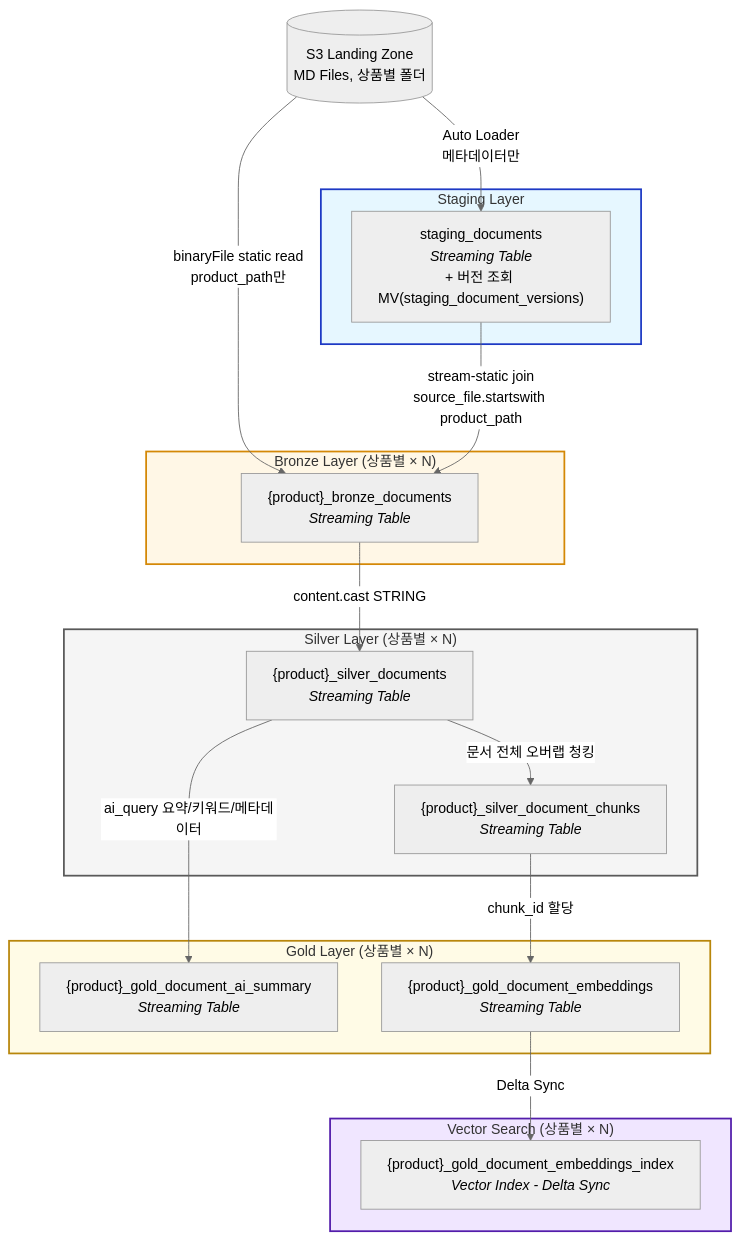
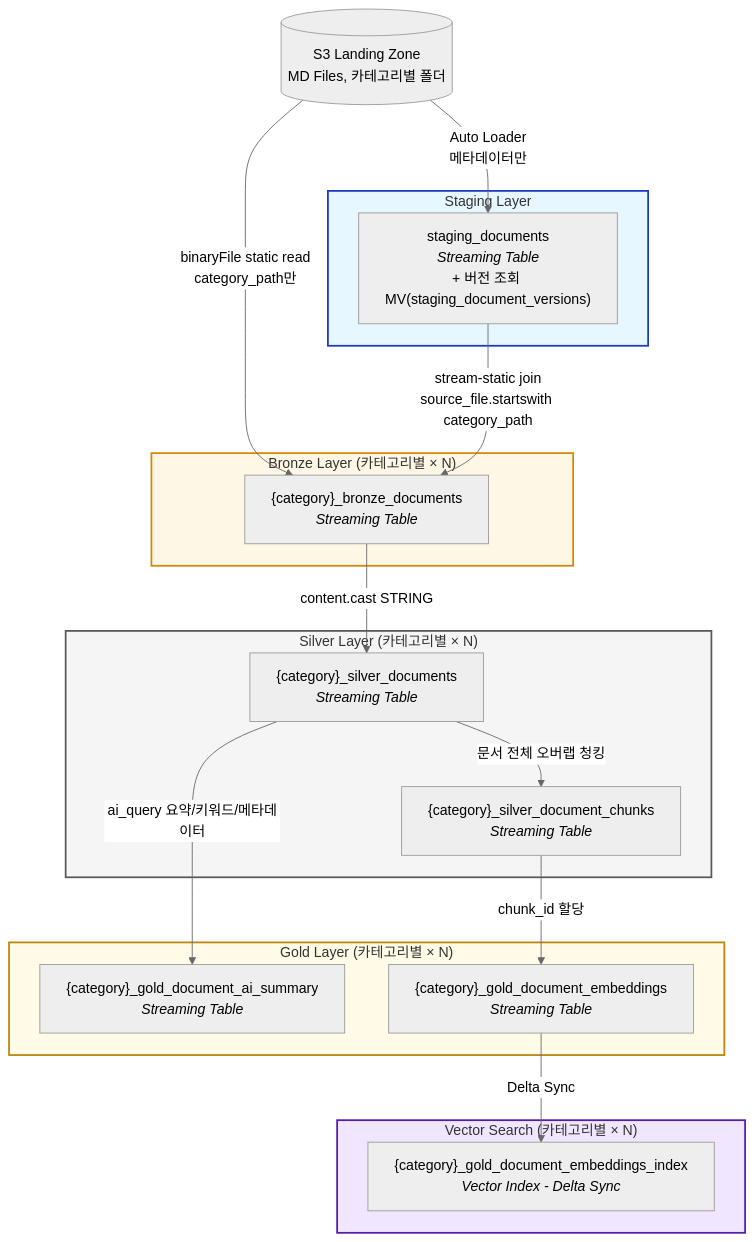
The third of 3 diagrams in databricks-pipeline-sample/dev_haesung_pipeline_architecture.md (jhsv8212/ai-ready-data-pipeline), drawn with Mermaid (neutral theme) before and after one commit. The commit also changed other lines of this file and 10 other files, not shown here.

````diff
--- a/databricks-pipeline-sample/dev_haesung_pipeline_architecture.md
+++ b/databricks-pipeline-sample/dev_haesung_pipeline_architecture.md
@@ -184,39 +184,39 @@
 ```mermaid
 flowchart TD
     subgraph Staging["Staging Layer"]
         ST["staging_documents<br/><i>Streaming Table</i><br/>+ 버전 조회 MV(staging_document_versions)"]
     end
 
-    subgraph Bronze["Bronze Layer (상품별 × N)"]
-        B["{product}_bronze_documents<br/><i>Streaming Table</i>"]
+    subgraph Bronze["Bronze Layer (카테고리별 × N)"]
+        B["{category}_bronze_documents<br/><i>Streaming Table</i>"]
     end
 
-    subgraph Silver["Silver Layer (상품별 × N)"]
-        S["{product}_silver_documents<br/><i>Streaming Table</i>"]
-        SC["{product}_silver_document_chunks<br/><i>Streaming Table</i>"]
+    subgraph Silver["Silver Layer (카테고리별 × N)"]
+        S["{category}_silver_documents<br/><i>Streaming Table</i>"]
+        SC["{category}_silver_document_chunks<br/><i>Streaming Table</i>"]
     end
 
-    subgraph Gold["Gold Layer (상품별 × N)"]
-        GAS["{product}_gold_document_ai_summary<br/><i>Streaming Table</i>"]
-        GE["{product}_gold_document_embeddings<br/><i>Streaming Table</i>"]
+    subgraph Gold["Gold Layer (카테고리별 × N)"]
+        GAS["{category}_gold_document_ai_summary<br/><i>Streaming Table</i>"]
+        GE["{category}_gold_document_embeddings<br/><i>Streaming Table</i>"]
     end
 
-    subgraph VectorSearch["Vector Search (상품별 × N)"]
-        GEI["{product}_gold_document_embeddings_index<br/><i>Vector Index - Delta Sync</i>"]
+    subgraph VectorSearch["Vector Search (카테고리별 × N)"]
+        GEI["{category}_gold_document_embeddings_index<br/><i>Vector Index - Delta Sync</i>"]
     end
 
-    S3[(S3 Landing Zone<br/>MD Files, 상품별 폴더)] -->|Auto Loader<br/>메타데이터만| ST
-    S3 -->|binaryFile static read<br/>product_path만| B
-    ST -->|stream-static join<br/>source_file.startswith product_path| B
+    S3[(S3 Landing Zone<br/>MD Files, 카테고리별 폴더)] -->|Auto Loader<br/>메타데이터만| ST
+    S3 -->|binaryFile static read<br/>category_path만| B
+    ST -->|stream-static join<br/>source_file.startswith category_path| B
     B -->|content.cast STRING| S
     S -->|문서 전체 오버랩 청킹| SC
     S -->|ai_query 요약/키워드/메타데이터| GAS
     SC -->|chunk_id 할당| GE
     GE -->|Delta Sync| GEI
 
     style Staging fill:#E6F7FF,stroke:#1D39C4,stroke-width:2px
     style Bronze fill:#FFF7E6,stroke:#D48806,stroke-width:2px
     style Silver fill:#F5F5F5,stroke:#595959,stroke-width:2px
     style Gold fill:#FFFBE6,stroke:#B8860B,stroke-width:2px
     style VectorSearch fill:#F0E6FF,stroke:#531DAB,stroke-width:2px
 ```
````
